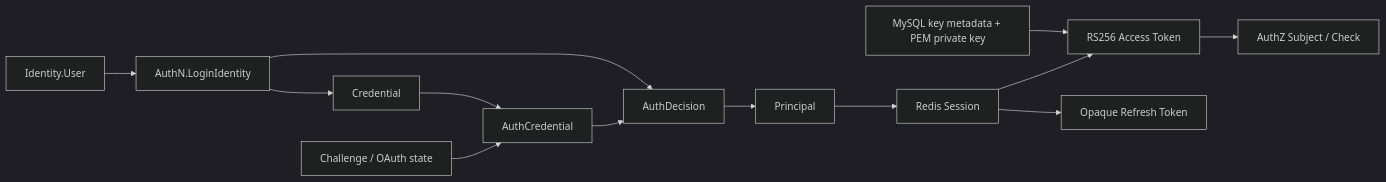
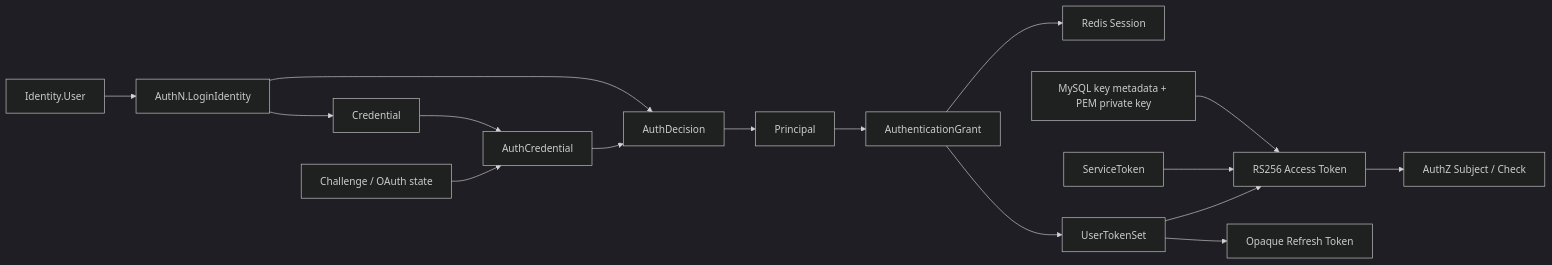
One commit to FangcunMount/iam changed the first of 2 diagrams in docs/02-业务模块/02-AuthN/00-模块总览.md. Above: the diagram before and after it, drawn with Mermaid (dark theme). The commit also changed other lines of this file and 61 other files, not shown here.

Commit message:
refactor(authn): centralize authentication grant issuance

````diff
--- a/docs/02-业务模块/02-AuthN/00-模块总览.md
+++ b/docs/02-业务模块/02-AuthN/00-模块总览.md
@@ -30,15 +31,18 @@
 ```mermaid
 flowchart LR
     User["Identity.User"] --> LI["AuthN.LoginIdentity"]
     LI --> Credential["Credential"]
     Challenge["Challenge / OAuth state"] --> Proof["AuthCredential"]
     Credential --> Proof
     Proof --> Decision["AuthDecision"]
     LI --> Decision
     Decision --> Principal["Principal"]
-    Principal --> Session["Redis Session"]
-    Session --> Access["RS256 Access Token"]
-    Session --> Refresh["Opaque Refresh Token"]
+    Principal --> Grant["AuthenticationGrant"]
+    Grant --> Session["Redis Session"]
+    Grant --> TokenSet["UserTokenSet"]
+    TokenSet --> Access["RS256 Access Token"]
+    TokenSet --> Refresh["Opaque Refresh Token"]
+    Service["ServiceToken"] --> Access
     JWKS["MySQL key metadata + PEM private key"] --> Access
     Access --> AuthZ["AuthZ Subject / Check"]
 ```
````
